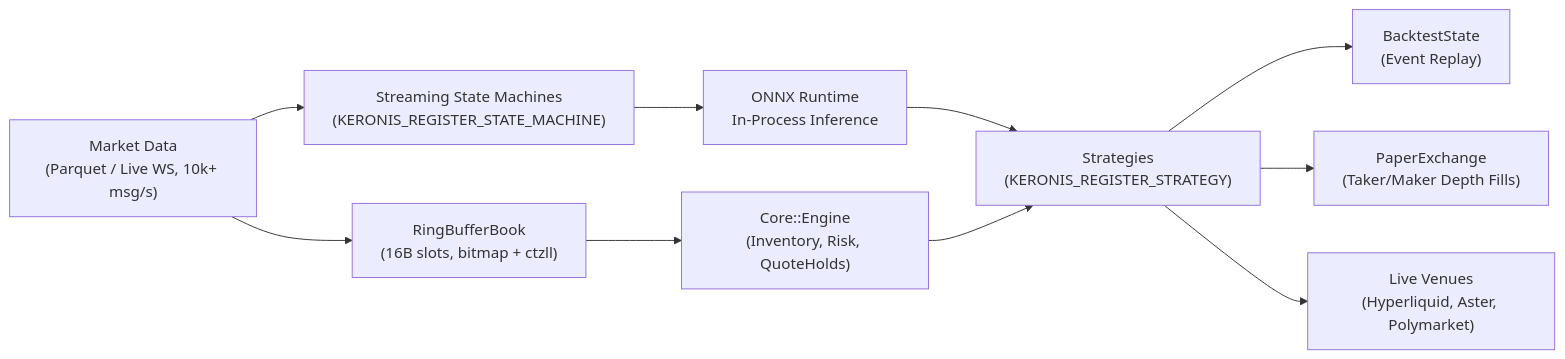
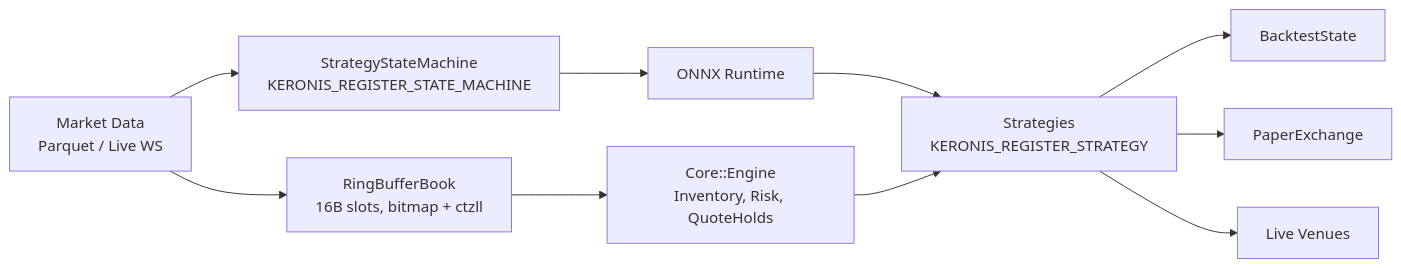
Before and after one commit to JNeuvonen/keronisengine: the diagram in docs/index.md, drawn with Mermaid. The commit also changed other lines of this file and 13 other files, not shown here.

Commit message:
docs: cut marketing bloat for plain technical docs; add NuGet fallback for ONNX Runtime

````diff
--- a/docs/index.md
+++ b/docs/index.md
@@ -21,12 +9,12 @@
 ```mermaid
 flowchart LR
-    MD["Market Data<br/>(Parquet / Live WS, 10k+ msg/s)"] --> BOOK["RingBufferBook<br/>(16B slots, bitmap + ctzll)"]
-    MD --> SM["Streaming State Machines<br/>(KERONIS_REGISTER_STATE_MACHINE)"]
-    SM --> ONNX["ONNX Runtime<br/>In-Process Inference"]
-    BOOK --> ENG["Core::Engine<br/>(Inventory, Risk, QuoteHolds)"]
-    ONNX --> STRAT["Strategies<br/>(KERONIS_REGISTER_STRATEGY)"]
+    MD["Market Data<br/>Parquet / Live WS"] --> BOOK["RingBufferBook<br/>16B slots, bitmap + ctzll"]
+    MD --> SM["StrategyStateMachine<br/>KERONIS_REGISTER_STATE_MACHINE"]
+    SM --> ONNX["ONNX Runtime"]
+    BOOK --> ENG["Core::Engine<br/>Inventory, Risk, QuoteHolds"]
+    ONNX --> STRAT["Strategies<br/>KERONIS_REGISTER_STRATEGY"]
     ENG --> STRAT
-    STRAT --> BT["BacktestState<br/>(Event Replay)"]
-    STRAT --> PAPER["PaperExchange<br/>(Taker/Maker Depth Fills)"]
-    STRAT --> LIVE["Live Venues<br/>(Hyperliquid, Aster, Polymarket)"]
+    STRAT --> BT["BacktestState"]
+    STRAT --> PAPER["PaperExchange"]
+    STRAT --> LIVE["Live Venues"]
 ```
````
